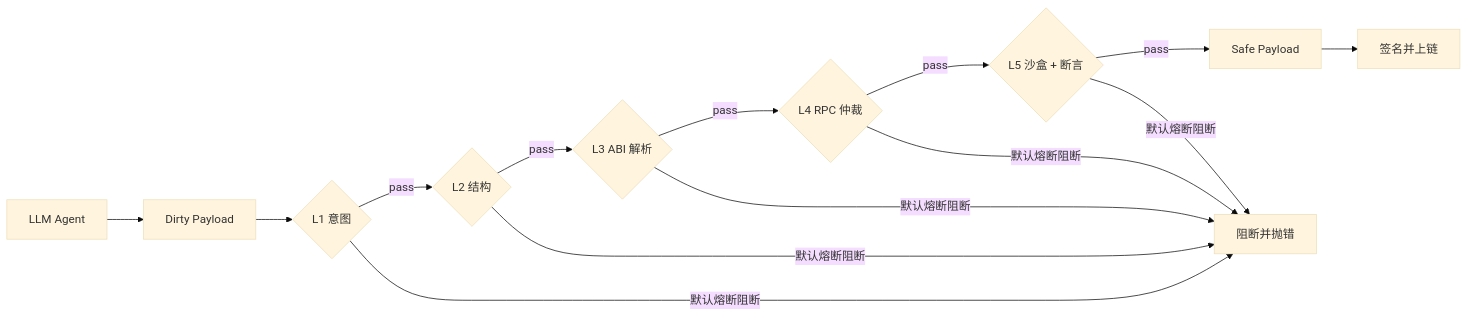
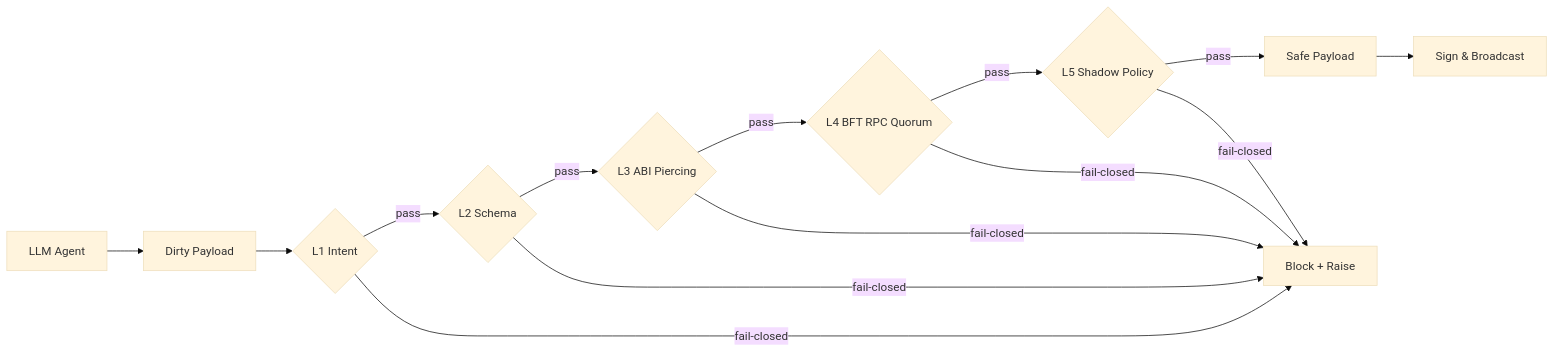
One commit to lokii-D/lirix changed the second of 2 diagrams in README.md. Above: the diagram before and after it, drawn with Mermaid (base theme). The commit also changed other lines of this file and 22 other files, not shown here.

````diff
--- a/README.md
+++ b/README.md
@@ -503,17 +394,17 @@
 ```mermaid
 flowchart LR
   A[LLM Agent] --> B[Dirty Payload]
-  B --> C{L1 意图}
-  C -- pass --> D{L2 结构}
-  D -- pass --> E{L3 ABI 解析}
-  E -- pass --> F{L4 RPC 仲裁}
-  F -- pass --> G{L5 沙盒 + 断言}
+  B --> C{L1 Intent}
+  C -- pass --> D{L2 Schema}
+  D -- pass --> E{L3 ABI Piercing}
+  E -- pass --> F{L4 BFT RPC Quorum}
+  F -- pass --> G{L5 Shadow Policy}
   G -- pass --> H[Safe Payload]
-  H --> I[签名并上链]
+  H --> I[Sign & Broadcast]
 
-  C -- 默认熔断阻断 --> X[阻断并抛错]
-  D -- 默认熔断阻断 --> X
-  E -- 默认熔断阻断 --> X
-  F -- 默认熔断阻断 --> X
-  G -- 默认熔断阻断 --> X
+  C -- fail-closed --> X[Block + Raise]
+  D -- fail-closed --> X
+  E -- fail-closed --> X
+  F -- fail-closed --> X
+  G -- fail-closed --> X
 ```
````
